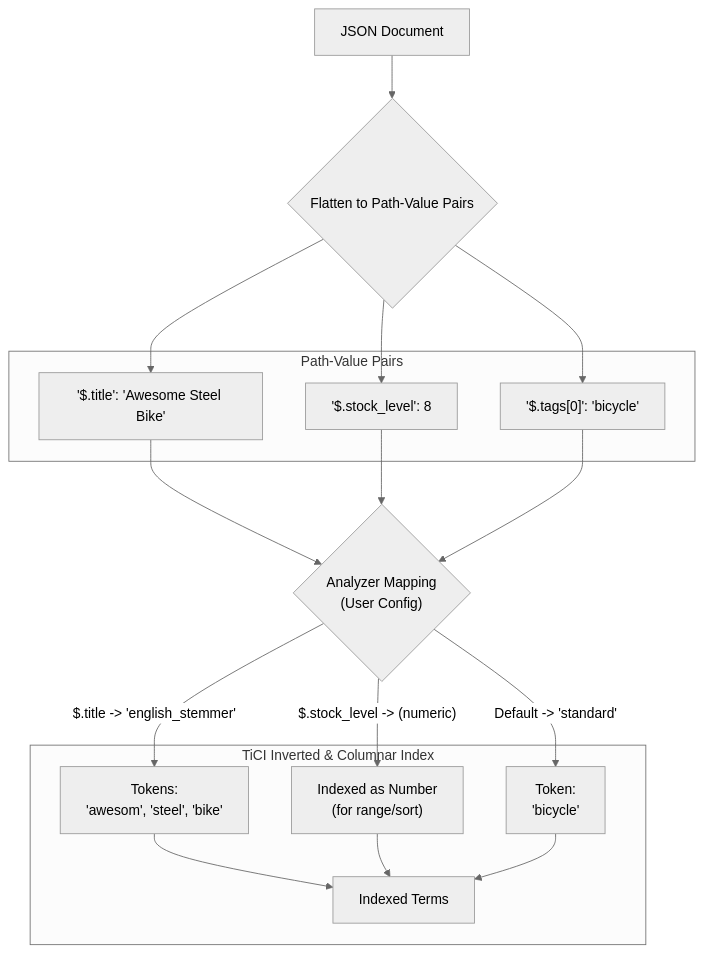
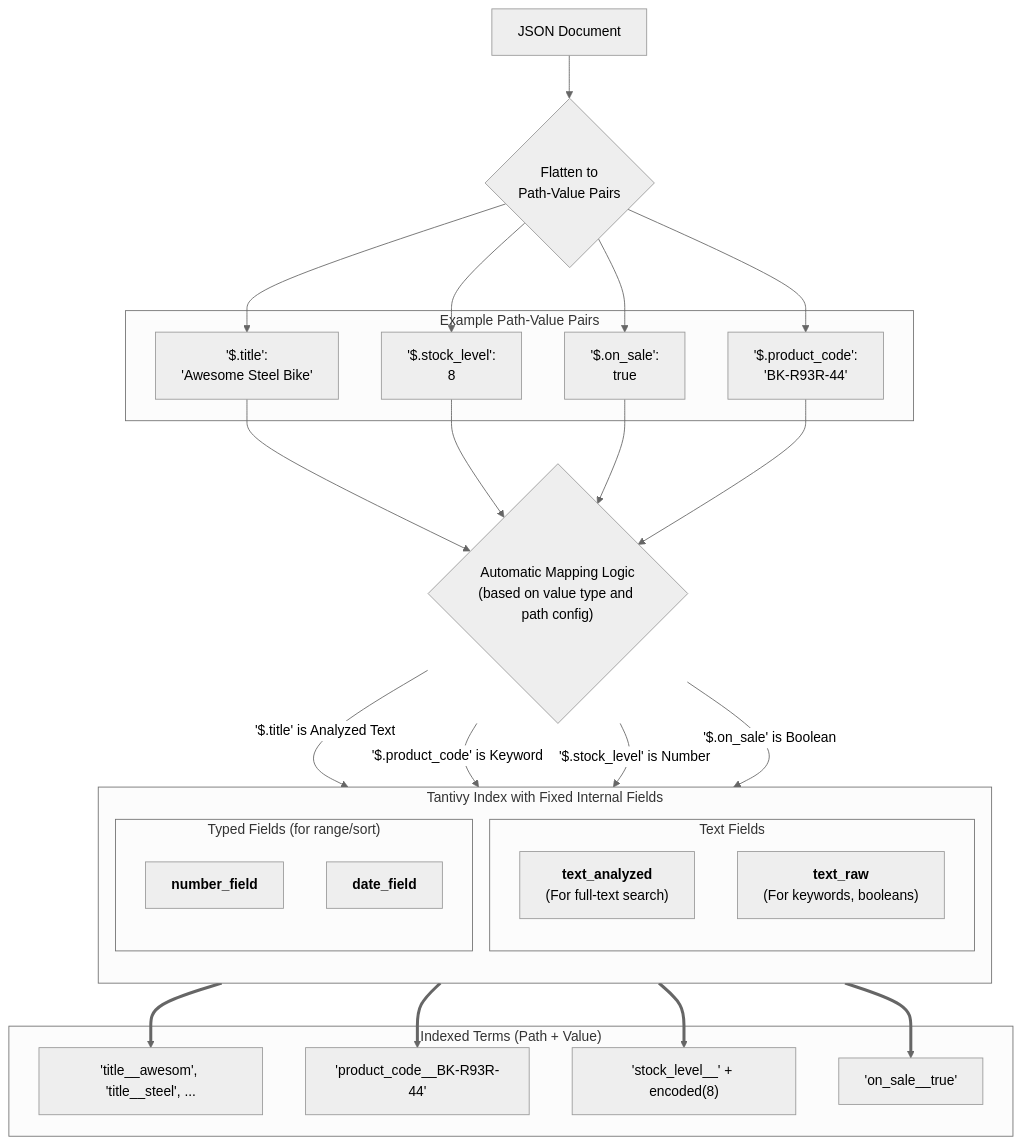
Before and after one commit to kolafish/tantivy: the first of 3 diagrams in TiCI_JSON_Support_Proposal.md, drawn with Mermaid (neutral theme). The commit also changed other lines of this file, not shown here.

````diff
--- a/TiCI_JSON_Support_Proposal.md
+++ b/TiCI_JSON_Support_Proposal.md
@@ -135,24 +135,41 @@
 ```mermaid
 graph TD
-    A["JSON Document"] --> B{"Flatten to Path-Value Pairs"};
-    subgraph "Path-Value Pairs"
-        C["'$.title': 'Awesome Steel Bike'"]
-        D["'$.stock_level': 8"]
-        E["'$.tags[0]': 'bicycle'"]
+    A["JSON Document"] --> B{"Flatten to<br/>Path-Value Pairs"};
+    
+    subgraph "Example Path-Value Pairs"
+        C["'$.title':<br/>'Awesome Steel Bike'"]
+        D["'$.stock_level':<br/>8"]
+        E["'$.on_sale':<br/>true"]
+        F["'$.product_code':<br/>'BK-R93R-44'"]
     end
-    B --> C & D & E
+    B --> C & D & E & F
 
-    C --> F{"Analyzer Mapping<br/>(User Config)"};
-    D --> F;
-    E --> F;
+    C --> G{"Automatic Mapping Logic<br/>(based on value type and path config)"}
+    D --> G
+    E --> G
+    F --> G
 
-    F -- "$.title -> 'english_stemmer'" --> G["Tokens:<br/>'awesom', 'steel', 'bike'"]
-    F -- "$.stock_level -> (numeric)" --> H["Indexed as Number<br/>(for range/sort)"]
-    F -- "Default -> 'standard'" --> I["Token:<br/>'bicycle'"]
+    subgraph "Tantivy Index with Fixed Internal Fields"
+        direction TB
+        subgraph "Text Fields"
+            H["<b>text_analyzed</b><br>(For full-text search)"]
+            I["<b>text_raw</b><br>(For keywords, booleans)"]
+        end
+        subgraph "Typed Fields (for range/sort)"
+            J["<b>number_field</b>"]
+            K["<b>date_field</b>"]
+        end
+    end
+    
+    G -- "'$.title' is Analyzed Text" --> H
+    G -- "'$.product_code' is Keyword" --> I
+    G -- "'$.stock_level' is Number" --> J
+    G -- "'$.on_sale' is Boolean" --> I
 
-    subgraph "TiCI Inverted & Columnar Index"
-        G --> J[Indexed Terms]
-        H --> J
-        I --> J
+    subgraph "Indexed Terms (Path + Value)"
+        H ==> L["'title__awesom', 'title__steel', ..."]
+        I ==> M["'product_code__BK-R93R-44'"]
+        J ==> N["'stock_level__' + encoded(8)"]
+        I ==> O["'on_sale__true'"]
     end
 ```
````
